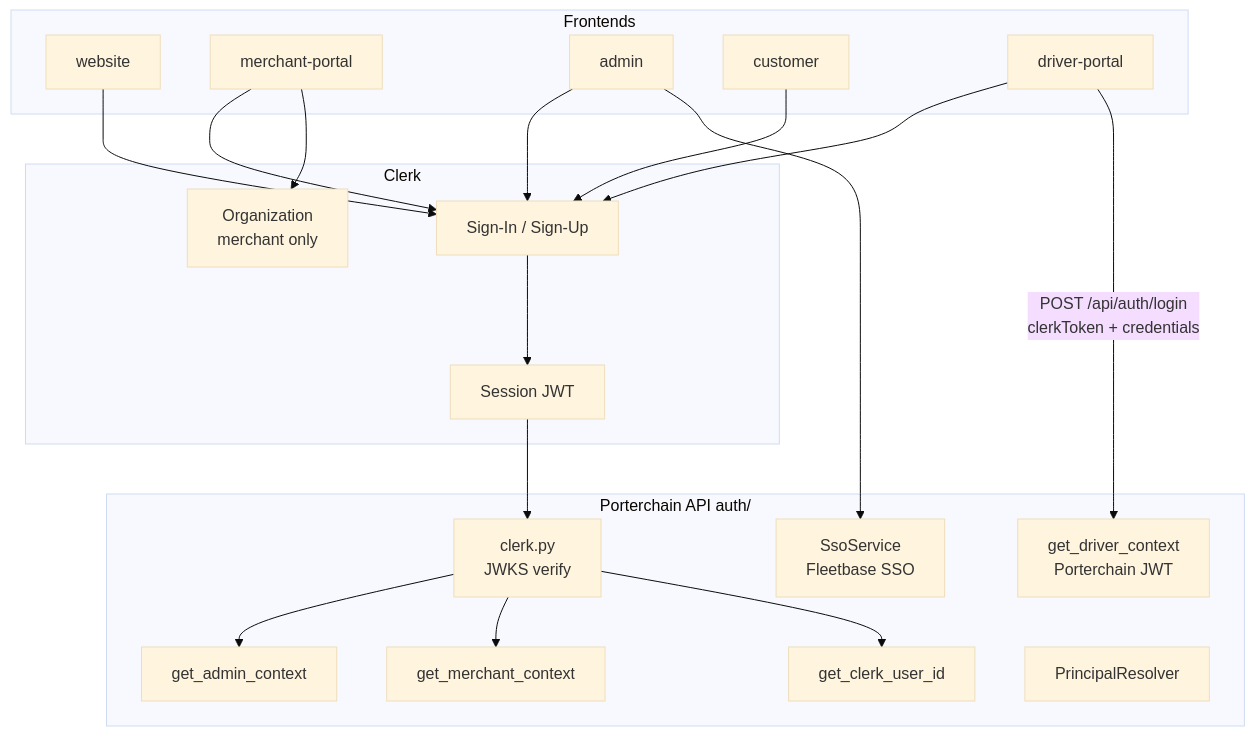
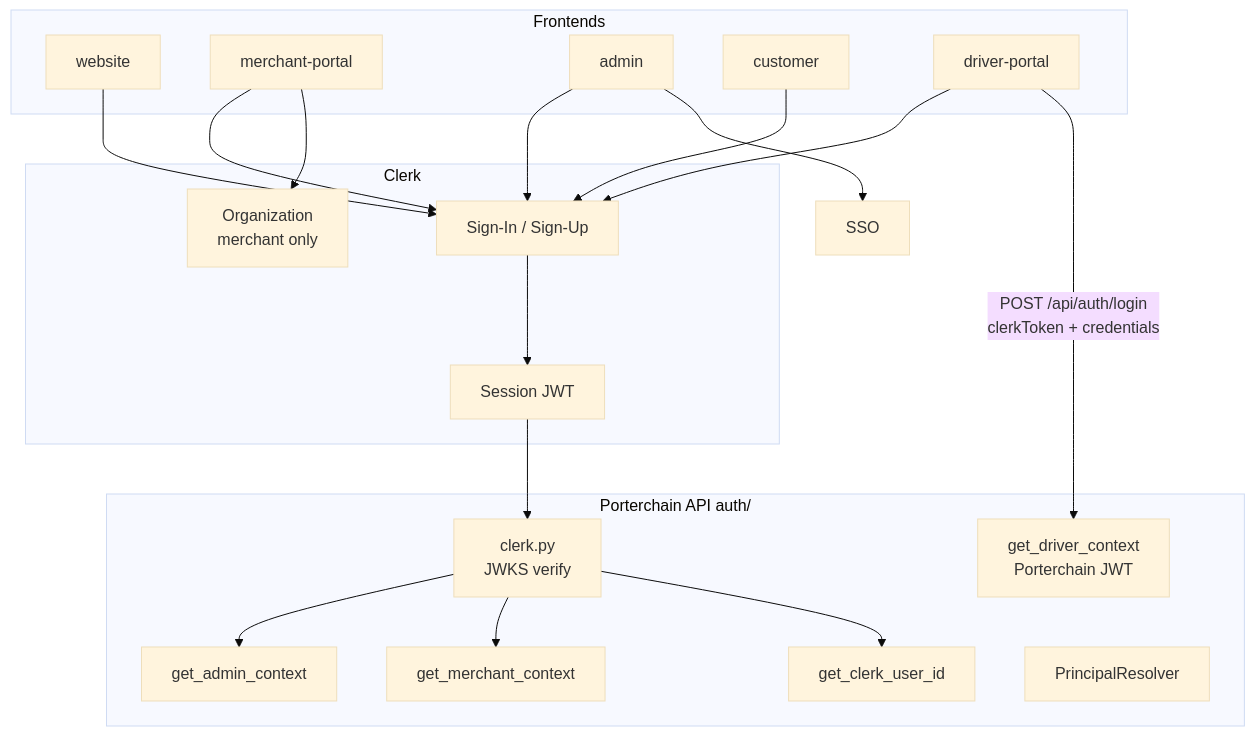
Before and after one commit to PORTERCHAIN-INC/PCD: the diagram in docs/architecture/mermaid/authentication_flow.mmd, drawn with Mermaid (base theme). The commit also changed 38 other files, not shown here.

First line of the commit message:
docs: drop COD/Fleetbase/Stripe Connect references, regenerate graphify report

```diff
--- a/docs/architecture/mermaid/authentication_flow.mmd
+++ b/docs/architecture/mermaid/authentication_flow.mmd
@@ -1,32 +1,31 @@
 flowchart TB
   subgraph Apps["Frontends"]
     WEB[website]
     MERCH[merchant-portal]
     ADMIN[admin]
     CUST[customer]
     DRV[driver-portal]
   end
 
   subgraph Clerk["Clerk"]
     SIGN[Sign-In / Sign-Up]
     JWT[Session JWT]
     ORG[Organization<br/>merchant only]
   end
 
   subgraph API["Porterchain API auth/"]
     CLERK_MOD[clerk.py<br/>JWKS verify]
     ADMIN_CTX[get_admin_context]
     MERCH_CTX[get_merchant_context]
     CUST_ID[get_clerk_user_id]
     DRV_CTX[get_driver_context<br/>Porterchain JWT]
     PRINC[PrincipalResolver]
-    SSO[SsoService<br/>Fleetbase SSO]
   end
 
   WEB & MERCH & ADMIN & CUST & DRV --> SIGN
   SIGN --> JWT
   MERCH --> ORG
   JWT --> CLERK_MOD
   CLERK_MOD --> ADMIN_CTX & MERCH_CTX & CUST_ID
   DRV -->|"POST /api/auth/login<br/>clerkToken + credentials"| DRV_CTX
   ADMIN --> SSO
```
